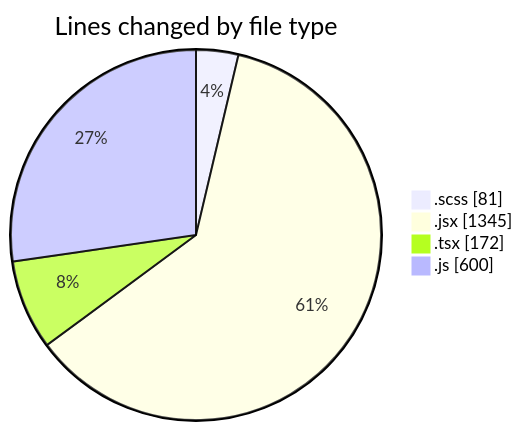
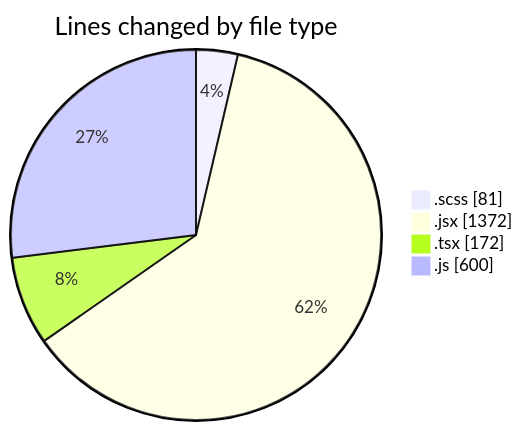
Before and after one commit to momahboobian/code-tracking: the first of 2 diagrams in 2025-06-03/cda/README.md, drawn with Mermaid. The commit also changed other lines of this file and 1 other file, not shown here.

````diff
--- a/2025-06-03/cda/README.md
+++ b/2025-06-03/cda/README.md
@@ -25,8 +25,8 @@
 ```mermaid
 pie showData
 title Lines changed by file type
 ".scss" : 81
-".jsx" : 1345
+".jsx" : 1372
 ".tsx" : 172
 ".js" : 600
 ```
````
